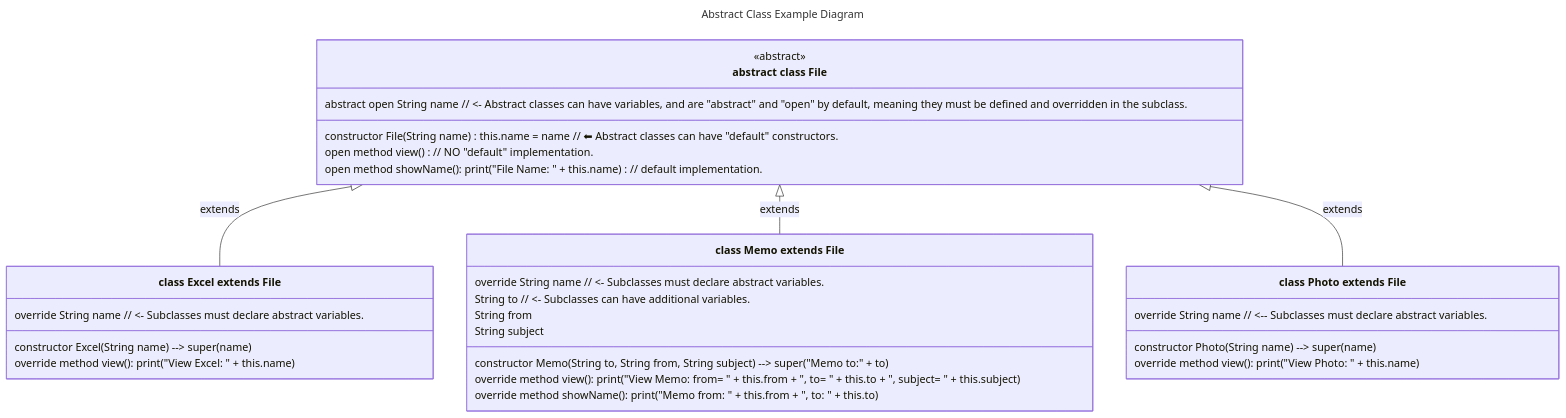
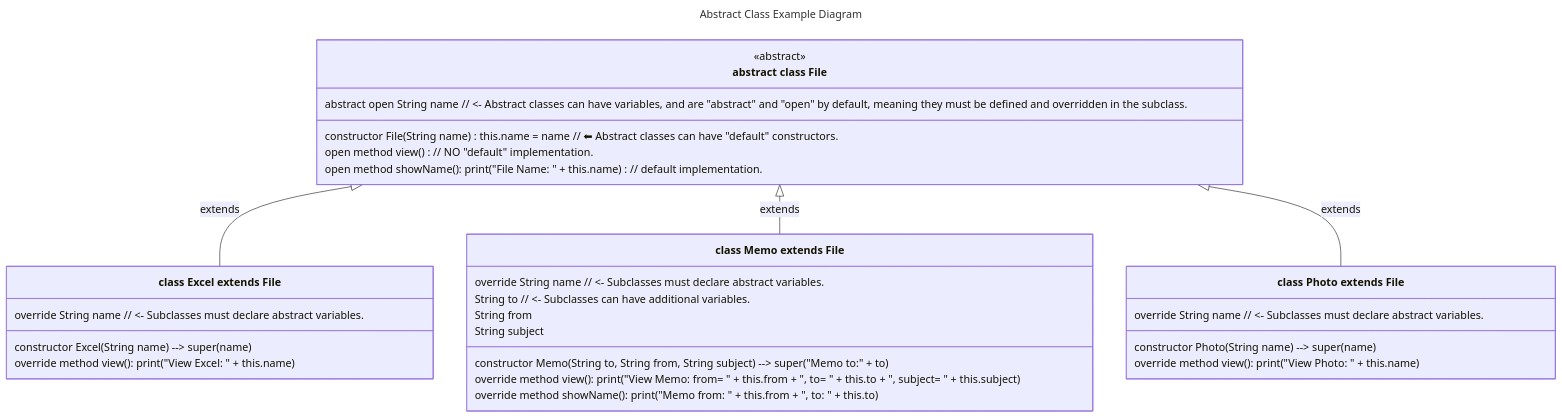
The sixth of 8 diagrams in 09-ClassOrientedProgramming.md (realityexpander/How_to_program_from_ground_up), drawn with Mermaid before and after one commit.

Commit message:
improve code examples

````diff
--- a/09-ClassOrientedProgramming.md
+++ b/09-ClassOrientedProgramming.md
@@ -693,47 +693,47 @@
     ```mermaid
     ---
     title: Abstract Class Example Diagram
       
     ---
     classDiagram
     direction TB
     File <|-- Excel : extends
     File <|-- Memo : extends
     File <|-- Photo : extends
       
     class File["abstract class File"] {
        abstract open String name  // <- Abstract classes can have variables, and are "abstract" and "open" by default, meaning they must be defined and overridden in the subclass.
        
        constructor File(String name) this.name = name // ⬅︎ Abstract classes can have "default" constructors.
         
        open method view() // NO "default" implementation.
        open method showName(): print("File Name: " + this.name) // default implementation.
     }
     <<abstract>> File 
       
     class Excel["class Excel extends File"] {
        override String name // <- Subclasses must declare abstract variables.
     
        constructor Excel(String name) --> super(name)
     
        override method view(): print("View Excel: " + this.name) 
     }
     class Memo["class Memo extends File"] {
        override String name // <- Subclasses must declare abstract variables.
        String to  // <- Subclasses can have additional variables.
        String from
        String subject
     
        constructor Memo(String to, String from, String subject) --> super("Memo to:" + to)
        
        override method view(): print("View Memo: from= " + this.from + ", to= " + this.to + ", subject= " + this.subject) 
        override method showName(): print("Memo from: " + this.from + ", to: " + this.to)
     }
     class Photo["class Photo extends File"] {
-       override String name // <-- Subclasses must declare abstract variables.
+       override String name // <- Subclasses must declare abstract variables.
     
        constructor Photo(String name) --> super(name)
        
        override method view(): print("View Photo: " + this.name)
     }
     ```
````
